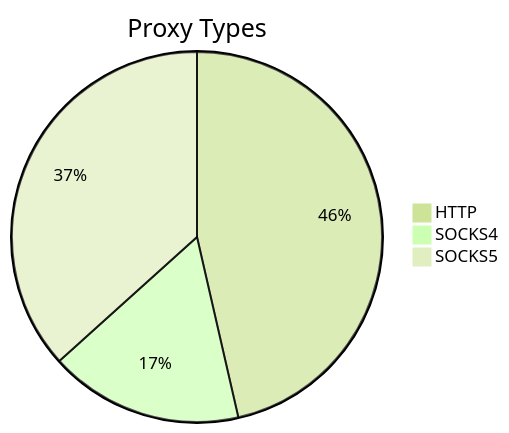
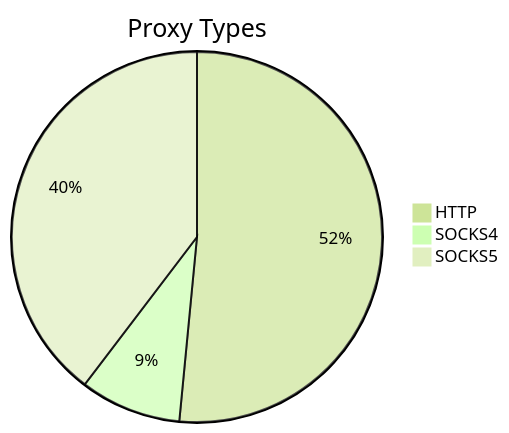
Before and after one commit to stormsia/proxy-list: the first of 2 diagrams in README.md, drawn with Mermaid (forest theme). The commit also changed other lines of this file, not shown here.

````diff
--- a/README.md
+++ b/README.md
@@ -21,6 +21,6 @@
 ```mermaid
 pie title Proxy Types
-    "HTTP" : 343
-    "SOCKS4" : 125
-    "SOCKS5" : 271
+    "HTTP" : 321
+    "SOCKS4" : 55
+    "SOCKS5" : 247
 ```
````
